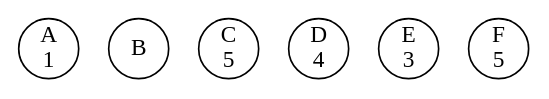
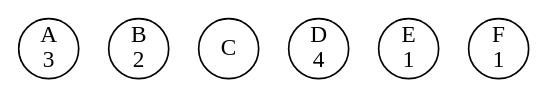
The diagram in concurrency-lab-2/bank/out/0000000004.gv (li23179/GO), drawn with Graphviz before and after one commit. The commit also changed 24 other files, not shown here.

```diff
--- a/concurrency-lab-2/bank/out/0000000004.gv
+++ b/concurrency-lab-2/bank/out/0000000004.gv
@@ -1,8 +1,8 @@
 digraph bank {
-	 0 [label= "A\n1" , pos= "1,0!" , shape=circle, fixedsize=true, width=0.5 ]
-	 1 [label= "B\n" , pos= "0,1!" , shape=circle, fixedsize=true, width=0.5 ]
-	 2 [label= "C\n5" , pos= "1,2!" , shape=circle, fixedsize=true, width=0.5 ]
+	 0 [label= "A\n3" , pos= "1,0!" , shape=circle, fixedsize=true, width=0.5 ]
+	 1 [label= "B\n2" , pos= "0,1!" , shape=circle, fixedsize=true, width=0.5 ]
+	 2 [label= "C\n" , pos= "1,2!" , shape=circle, fixedsize=true, width=0.5 ]
 	 3 [label= "D\n4" , pos= "2,2!" , shape=circle, fixedsize=true, width=0.5 ]
-	 4 [label= "E\n3" , pos= "3,1!" , shape=circle, fixedsize=true, width=0.5 ]
-	 5 [label= "F\n5" , pos= "2,0!" , shape=circle, fixedsize=true, width=0.5 ]
+	 4 [label= "E\n1" , pos= "3,1!" , shape=circle, fixedsize=true, width=0.5 ]
+	 5 [label= "F\n1" , pos= "2,0!" , shape=circle, fixedsize=true, width=0.5 ]
 }
```
